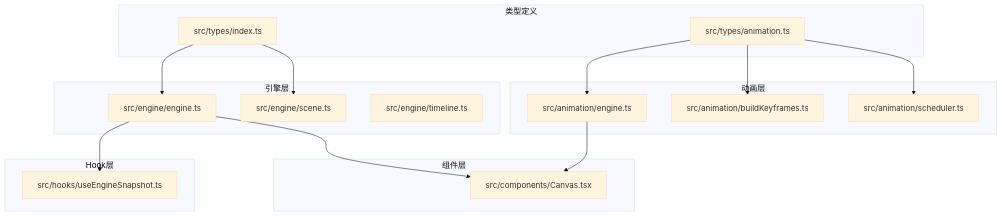
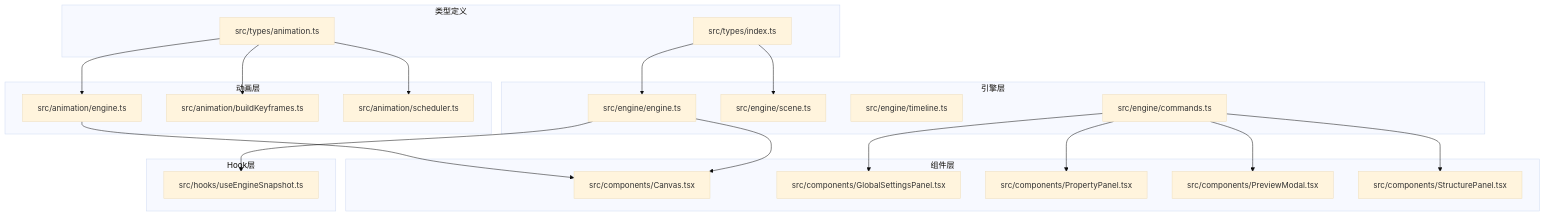
The first of 9 diagrams in .qoder/repowiki/zh/content/类型系统.md (Anna0314zy/ai_editor_enginer), drawn with Mermaid (base theme) before and after one commit. The commit also changed other lines of this file and 12 other files, not shown here.

Commit message:
Feat: 增加图形

````diff
--- a/.qoder/repowiki/zh/content/类型系统.md
+++ b/.qoder/repowiki/zh/content/类型系统.md
@@ -52,31 +58,40 @@
 ```mermaid
 graph TB
 subgraph "类型定义"
 T1["src/types/index.ts"]
 T2["src/types/animation.ts"]
 end
 subgraph "引擎层"
 E1["src/engine/engine.ts"]
 E2["src/engine/scene.ts"]
 E3["src/engine/timeline.ts"]
+E4["src/engine/commands.ts"]
 end
 subgraph "动画层"
 A1["src/animation/engine.ts"]
 A2["src/animation/buildKeyframes.ts"]
 A3["src/animation/scheduler.ts"]
 end
 subgraph "组件层"
 C1["src/components/Canvas.tsx"]
+C2["src/components/GlobalSettingsPanel.tsx"]
+C3["src/components/PropertyPanel.tsx"]
+C4["src/components/PreviewModal.tsx"]
+C5["src/components/StructurePanel.tsx"]
 end
 subgraph "Hook层"
 H1["src/hooks/useEngineSnapshot.ts"]
 end
 T1 --> E2
 T1 --> E1
 T2 --> A1
 T2 --> A2
 T2 --> A3
 A1 --> C1
 E1 --> C1
 E1 --> H1
+E4 --> C2
+E4 --> C3
+E4 --> C4
+E4 --> C5
 ```
````
